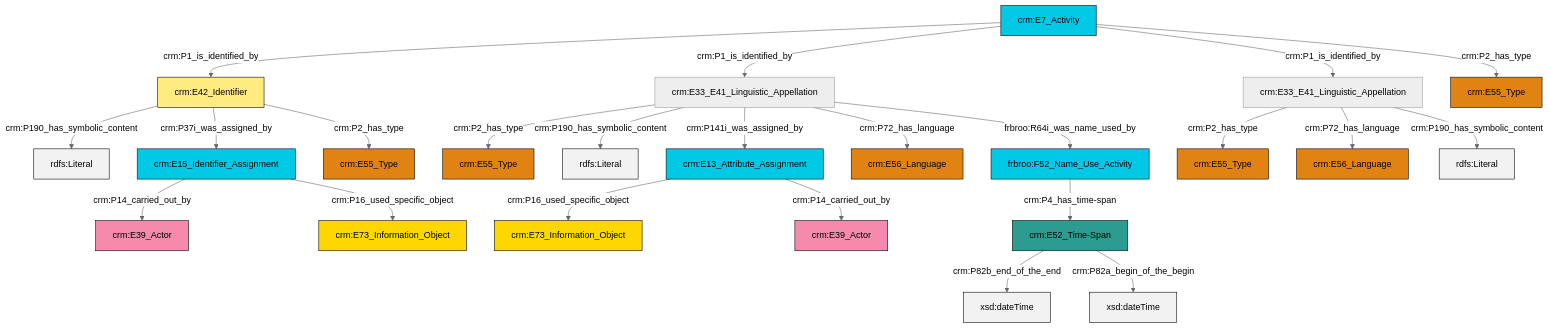
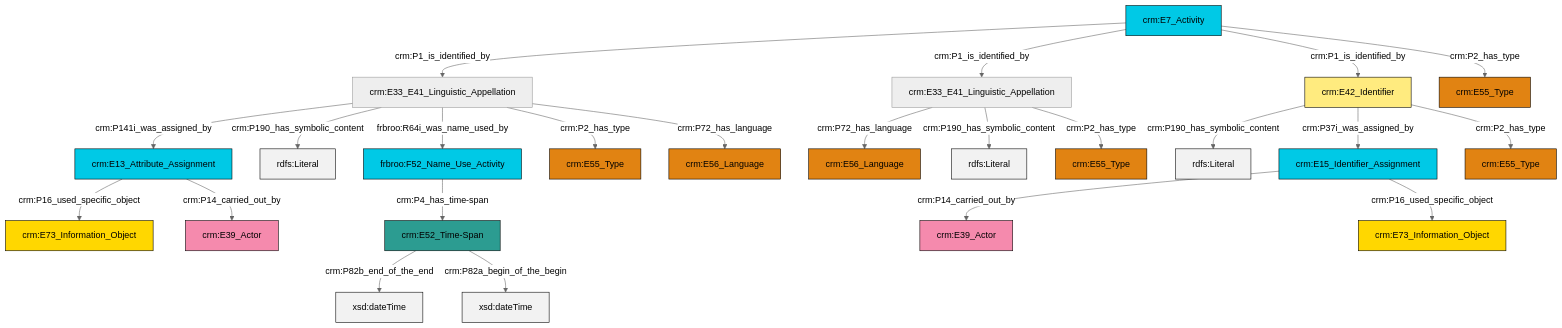
The diagram in et/eventCSV/ttl/mmd/event_name.ttl.mmd (swiss-art-research-net/reference-data-models), drawn with Mermaid (neutral theme) before and after one commit. The commit also changed 126 other files, not shown here.

```diff
--- a/et/eventCSV/ttl/mmd/event_name.ttl.mmd
+++ b/et/eventCSV/ttl/mmd/event_name.ttl.mmd
@@ -1,37 +1,37 @@
 graph TD
 classDef Literal fill:#f2f2f2,stroke:#000000;
 classDef CRM_Entity fill:#FFFFFF,stroke:#000000;
 classDef Temporal_Entity fill:#00C9E6, stroke:#000000;
 classDef Type fill:#E18312, stroke:#000000;
 classDef Time-Span fill:#2C9C91, stroke:#000000;
 classDef Appellation fill:#FFEB7F, stroke:#000000;
 classDef Place fill:#008836, stroke:#000000;
 classDef Persistent_Item fill:#B266B2, stroke:#000000;
 classDef Conceptual_Object fill:#FFD700, stroke:#000000;
 classDef Physical_Thing fill:#D2B48C, stroke:#000000;
 classDef Actor fill:#f58aad, stroke:#000000;
 classDef PC_Classes fill:#4ce600, stroke:#000000;
 classDef Multi fill:#cccccc,stroke:#000000;
 
-4["crm:E7_Activity"]:::Temporal_Entity -->|crm:P1_is_identified_by| 0["crm:E42_Identifier"]:::Appellation
-5["crm:E33_E41_Linguistic_Appellation"]:::Default -->|crm:P2_has_type| 6["crm:E55_Type"]:::Type
-11["crm:E33_E41_Linguistic_Appellation"]:::Default -->|crm:P2_has_type| 12["crm:E55_Type"]:::Type
-11["crm:E33_E41_Linguistic_Appellation"]:::Default -->|crm:P190_has_symbolic_content| 13[rdfs:Literal]:::Literal
-9["frbroo:F52_Name_Use_Activity"]:::Temporal_Entity -->|crm:P4_has_time-span| 14["crm:E52_Time-Span"]:::Time-Span
-4["crm:E7_Activity"]:::Temporal_Entity -->|crm:P1_is_identified_by| 11["crm:E33_E41_Linguistic_Appellation"]:::Default
-5["crm:E33_E41_Linguistic_Appellation"]:::Default -->|crm:P72_has_language| 17["crm:E56_Language"]:::Type
-0["crm:E42_Identifier"]:::Appellation -->|crm:P190_has_symbolic_content| 25[rdfs:Literal]:::Literal
-0["crm:E42_Identifier"]:::Appellation -->|crm:P37i_was_assigned_by| 7["crm:E15_Identifier_Assignment"]:::Temporal_Entity
-4["crm:E7_Activity"]:::Temporal_Entity -->|crm:P1_is_identified_by| 5["crm:E33_E41_Linguistic_Appellation"]:::Default
-14["crm:E52_Time-Span"]:::Time-Span -->|crm:P82b_end_of_the_end| 27[xsd:dateTime]:::Literal
-0["crm:E42_Identifier"]:::Appellation -->|crm:P2_has_type| 28["crm:E55_Type"]:::Type
-7["crm:E15_Identifier_Assignment"]:::Temporal_Entity -->|crm:P14_carried_out_by| 29["crm:E39_Actor"]:::Actor
-5["crm:E33_E41_Linguistic_Appellation"]:::Default -->|crm:P190_has_symbolic_content| 30[rdfs:Literal]:::Literal
-7["crm:E15_Identifier_Assignment"]:::Temporal_Entity -->|crm:P16_used_specific_object| 19["crm:E73_Information_Object"]:::Conceptual_Object
-11["crm:E33_E41_Linguistic_Appellation"]:::Default -->|crm:P141i_was_assigned_by| 21["crm:E13_Attribute_Assignment"]:::Temporal_Entity
-11["crm:E33_E41_Linguistic_Appellation"]:::Default -->|crm:P72_has_language| 33["crm:E56_Language"]:::Type
-21["crm:E13_Attribute_Assignment"]:::Temporal_Entity -->|crm:P16_used_specific_object| 2["crm:E73_Information_Object"]:::Conceptual_Object
-14["crm:E52_Time-Span"]:::Time-Span -->|crm:P82a_begin_of_the_begin| 37[xsd:dateTime]:::Literal
-4["crm:E7_Activity"]:::Temporal_Entity -->|crm:P2_has_type| 35["crm:E55_Type"]:::Type
-21["crm:E13_Attribute_Assignment"]:::Temporal_Entity -->|crm:P14_carried_out_by| 15["crm:E39_Actor"]:::Actor
-11["crm:E33_E41_Linguistic_Appellation"]:::Default -->|frbroo:R64i_was_name_used_by| 9["frbroo:F52_Name_Use_Activity"]:::Temporal_Entity
+0["crm:E13_Attribute_Assignment"]:::Temporal_Entity -->|crm:P16_used_specific_object| 1["crm:E73_Information_Object"]:::Conceptual_Object
+2["crm:E7_Activity"]:::Temporal_Entity -->|crm:P1_is_identified_by| 3["crm:E33_E41_Linguistic_Appellation"]:::Default
+6["crm:E33_E41_Linguistic_Appellation"]:::Default -->|crm:P72_has_language| 4["crm:E56_Language"]:::Type
+3["crm:E33_E41_Linguistic_Appellation"]:::Default -->|crm:P141i_was_assigned_by| 0["crm:E13_Attribute_Assignment"]:::Temporal_Entity
+11["crm:E42_Identifier"]:::Appellation -->|crm:P190_has_symbolic_content| 12[rdfs:Literal]:::Literal
+14["crm:E15_Identifier_Assignment"]:::Temporal_Entity -->|crm:P14_carried_out_by| 15["crm:E39_Actor"]:::Actor
+0["crm:E13_Attribute_Assignment"]:::Temporal_Entity -->|crm:P14_carried_out_by| 19["crm:E39_Actor"]:::Actor
+20["frbroo:F52_Name_Use_Activity"]:::Temporal_Entity -->|crm:P4_has_time-span| 21["crm:E52_Time-Span"]:::Time-Span
+3["crm:E33_E41_Linguistic_Appellation"]:::Default -->|crm:P190_has_symbolic_content| 22[rdfs:Literal]:::Literal
+21["crm:E52_Time-Span"]:::Time-Span -->|crm:P82b_end_of_the_end| 23[xsd:dateTime]:::Literal
+21["crm:E52_Time-Span"]:::Time-Span -->|crm:P82a_begin_of_the_begin| 25[xsd:dateTime]:::Literal
+2["crm:E7_Activity"]:::Temporal_Entity -->|crm:P1_is_identified_by| 6["crm:E33_E41_Linguistic_Appellation"]:::Default
+14["crm:E15_Identifier_Assignment"]:::Temporal_Entity -->|crm:P16_used_specific_object| 9["crm:E73_Information_Object"]:::Conceptual_Object
+6["crm:E33_E41_Linguistic_Appellation"]:::Default -->|crm:P190_has_symbolic_content| 32[rdfs:Literal]:::Literal
+6["crm:E33_E41_Linguistic_Appellation"]:::Default -->|crm:P2_has_type| 16["crm:E55_Type"]:::Type
+3["crm:E33_E41_Linguistic_Appellation"]:::Default -->|frbroo:R64i_was_name_used_by| 20["frbroo:F52_Name_Use_Activity"]:::Temporal_Entity
+2["crm:E7_Activity"]:::Temporal_Entity -->|crm:P1_is_identified_by| 11["crm:E42_Identifier"]:::Appellation
+11["crm:E42_Identifier"]:::Appellation -->|crm:P37i_was_assigned_by| 14["crm:E15_Identifier_Assignment"]:::Temporal_Entity
+3["crm:E33_E41_Linguistic_Appellation"]:::Default -->|crm:P2_has_type| 7["crm:E55_Type"]:::Type
+3["crm:E33_E41_Linguistic_Appellation"]:::Default -->|crm:P72_has_language| 33["crm:E56_Language"]:::Type
+11["crm:E42_Identifier"]:::Appellation -->|crm:P2_has_type| 26["crm:E55_Type"]:::Type
+2["crm:E7_Activity"]:::Temporal_Entity -->|crm:P2_has_type| 35["crm:E55_Type"]:::Type
```
